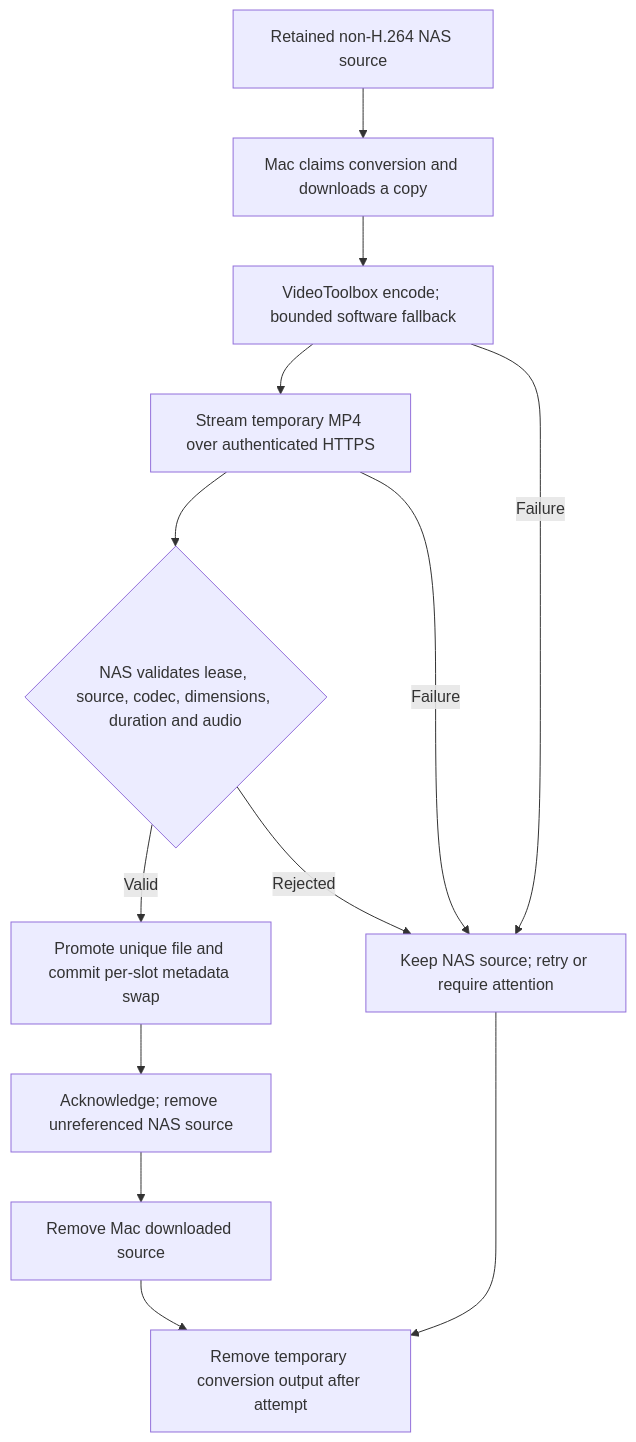
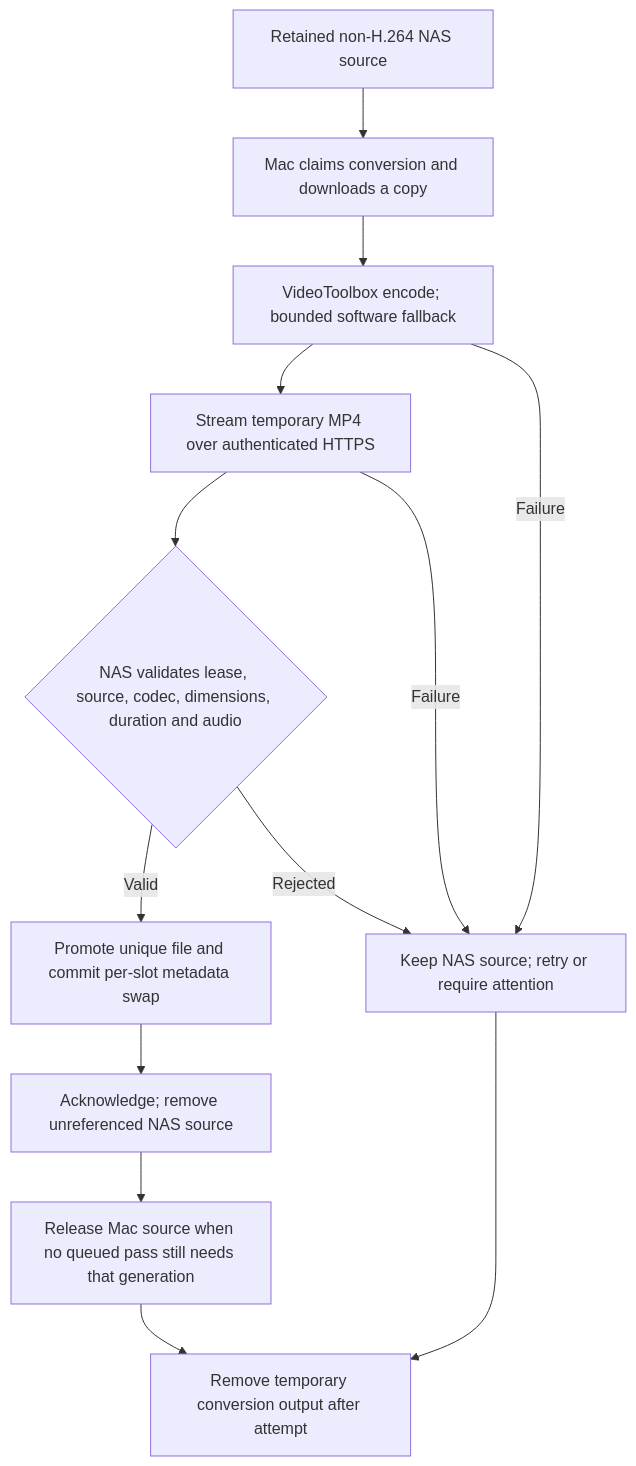
Before and after one commit to itsmemeworks/adhx: the fourth of 4 diagrams in docs/remote-processing.md, drawn with Mermaid. The commit also changed other lines of this file and 77 other files, not shown here.

````diff
--- a/docs/remote-processing.md
+++ b/docs/remote-processing.md
@@ -230,15 +247,15 @@
 ```mermaid
 flowchart TD
   Source["Retained non-H.264 NAS source"] --> Claim["Mac claims conversion and downloads a copy"]
   Claim --> Encode["VideoToolbox encode; bounded software fallback"]
   Encode --> Upload["Stream temporary MP4 over authenticated HTTPS"]
   Upload --> Check{"NAS validates lease, source, codec, dimensions, duration and audio"}
   Check -->|"Valid"| Commit["Promote unique file and commit per-slot metadata swap"]
   Commit --> Ack["Acknowledge; remove unreferenced NAS source"]
-  Ack --> Local["Remove Mac downloaded source"]
+  Ack --> Local["Release Mac source when no queued pass still needs that generation"]
   Check -->|"Rejected"| Retry["Keep NAS source; retry or require attention"]
   Encode -->|"Failure"| Retry
   Upload -->|"Failure"| Retry
   Retry --> Temp["Remove temporary conversion output after attempt"]
   Local --> Temp
 ```
````
